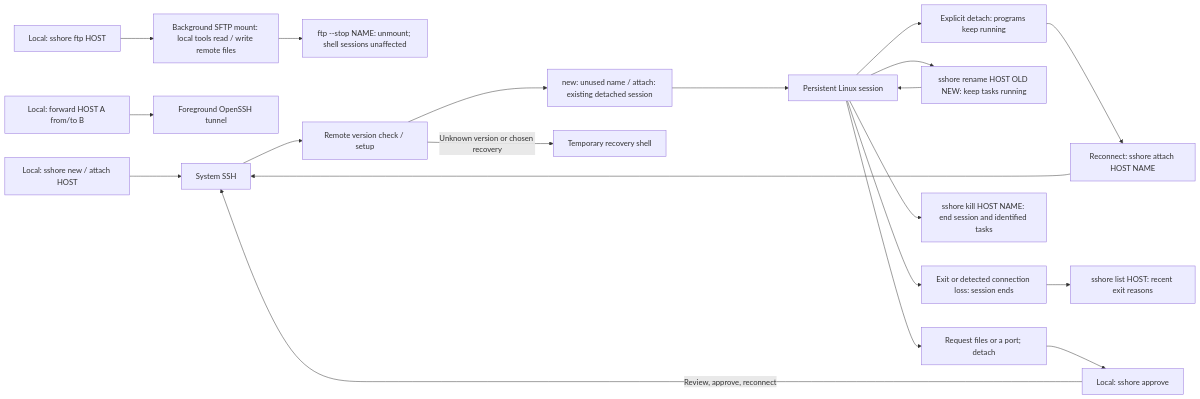
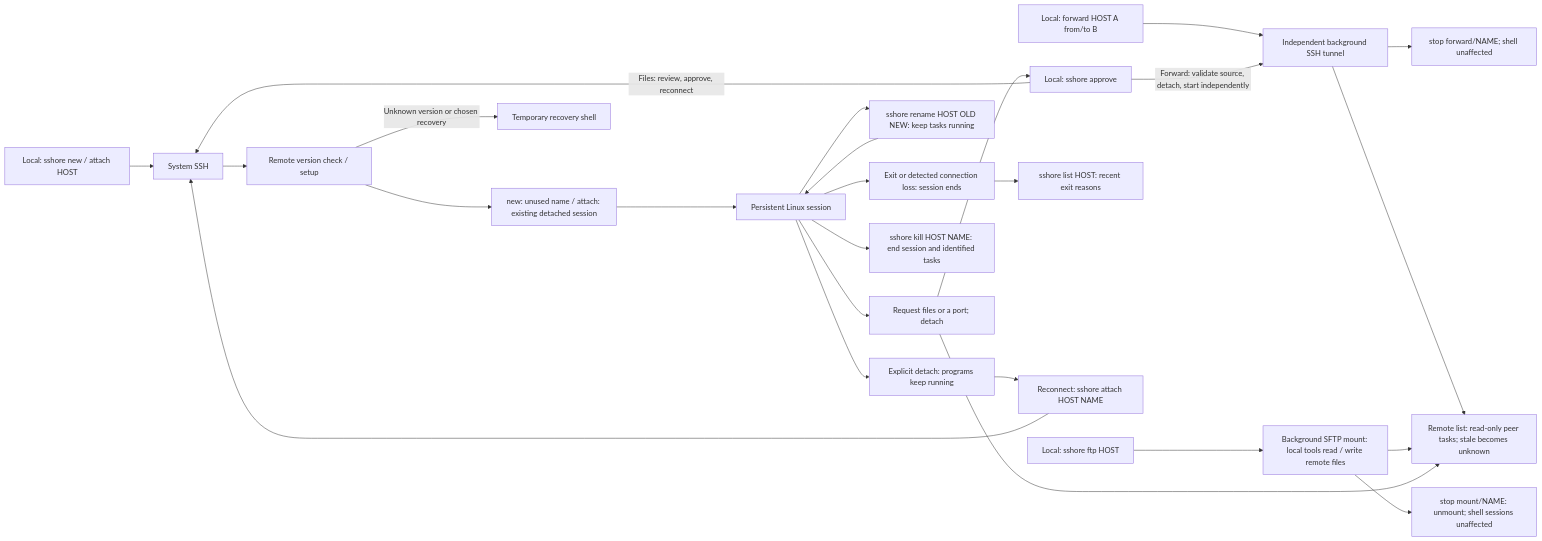
Before and after one commit to jay-waves/sshore: the diagram in README.md, drawn with Mermaid. The commit also changed other lines of this file and 39 other files, not shown here.

Commit message:
Unify independent resources and synchronize peer task inventory

````diff
--- a/README.md
+++ b/README.md
@@ -29,22 +29,27 @@
 ```mermaid
 flowchart LR
     ftp["Local: sshore ftp HOST"] --> mount["Background SFTP mount: local tools read / write remote files"]
-    mount --> unmount["ftp --stop NAME: unmount; shell sessions unaffected"]
-    directforward["Local: forward HOST A from/to B"] --> tunnel["Foreground OpenSSH tunnel"]
+    mount --> unmount["stop mount/NAME: unmount; shell sessions unaffected"]
+    directforward["Local: forward HOST A from/to B"] --> tunnel["Independent background SSH tunnel"]
     local["Local: sshore new / attach HOST"] --> ssh["System SSH"]
     ssh --> setup["Remote version check / setup"]
     setup --> select["new: unused name / attach: existing detached session"]
     select --> session["Persistent Linux session"]
     setup -->|"Unknown version or chosen recovery"| recovery["Temporary recovery shell"]
     session --> detach["Explicit detach: programs keep running"]
     session --> renamed["sshore rename HOST OLD NEW: keep tasks running"]
     renamed --> session
     session --> ended["Exit or detected connection loss: session ends"]
     ended --> history["sshore list HOST: recent exit reasons"]
     session --> killed["sshore kill HOST NAME: end session and identified tasks"]
     detach --> resume["Reconnect: sshore attach HOST NAME"]
     resume --> ssh
     session --> request["Request files or a port; detach"]
     request --> approve["Local: sshore approve"]
-    approve -->|"Review, approve, reconnect"| ssh
+    approve -->|"Files: review, approve, reconnect"| ssh
+    approve -->|"Forward: validate source, detach, start independently"| tunnel
+    tunnel --> stopforward["stop forward/NAME; shell unaffected"]
+    tunnel --> inventory["Remote list: read-only peer tasks; stale becomes unknown"]
+    mount --> inventory
+    request --> inventory
 ```
````
